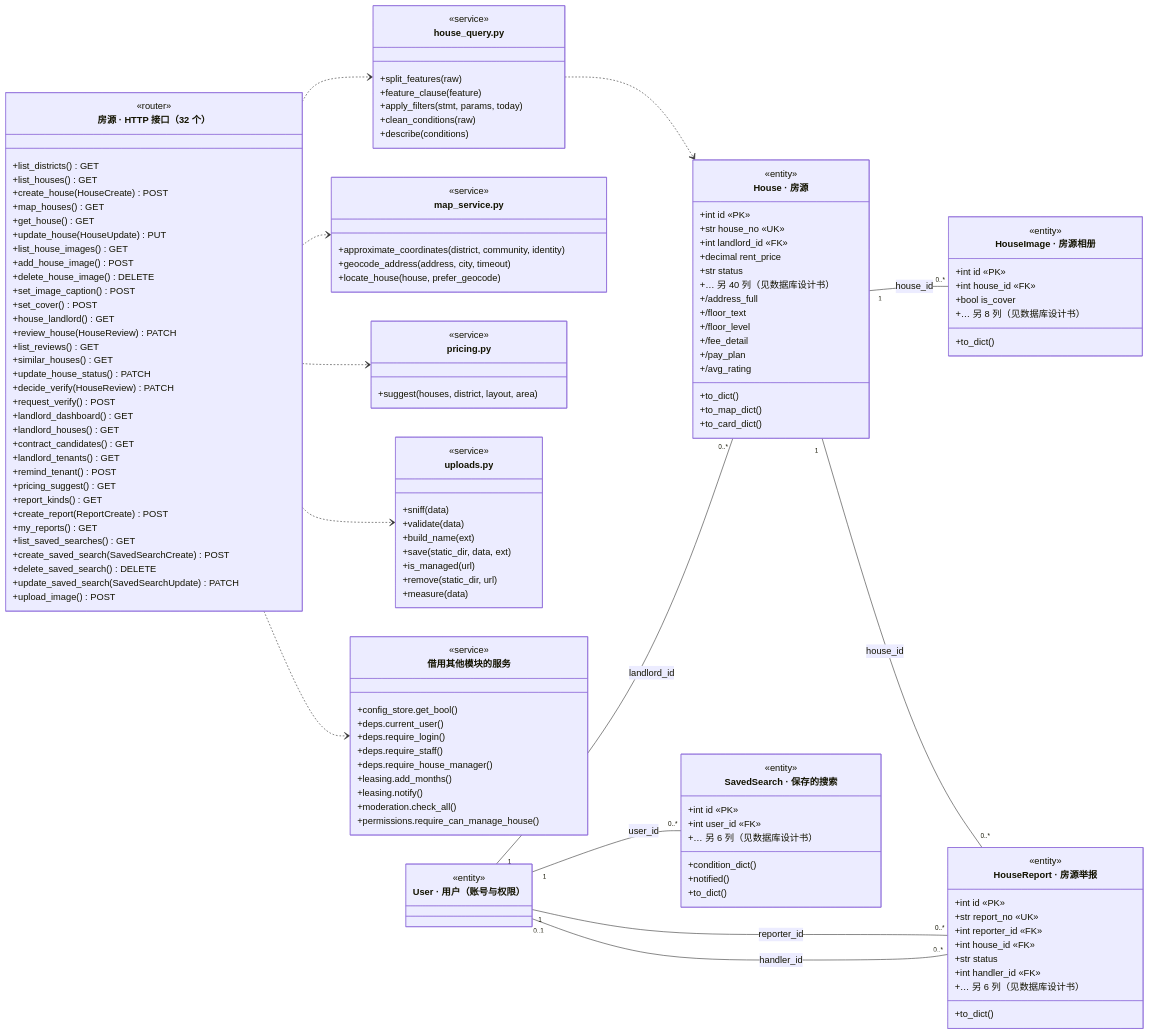
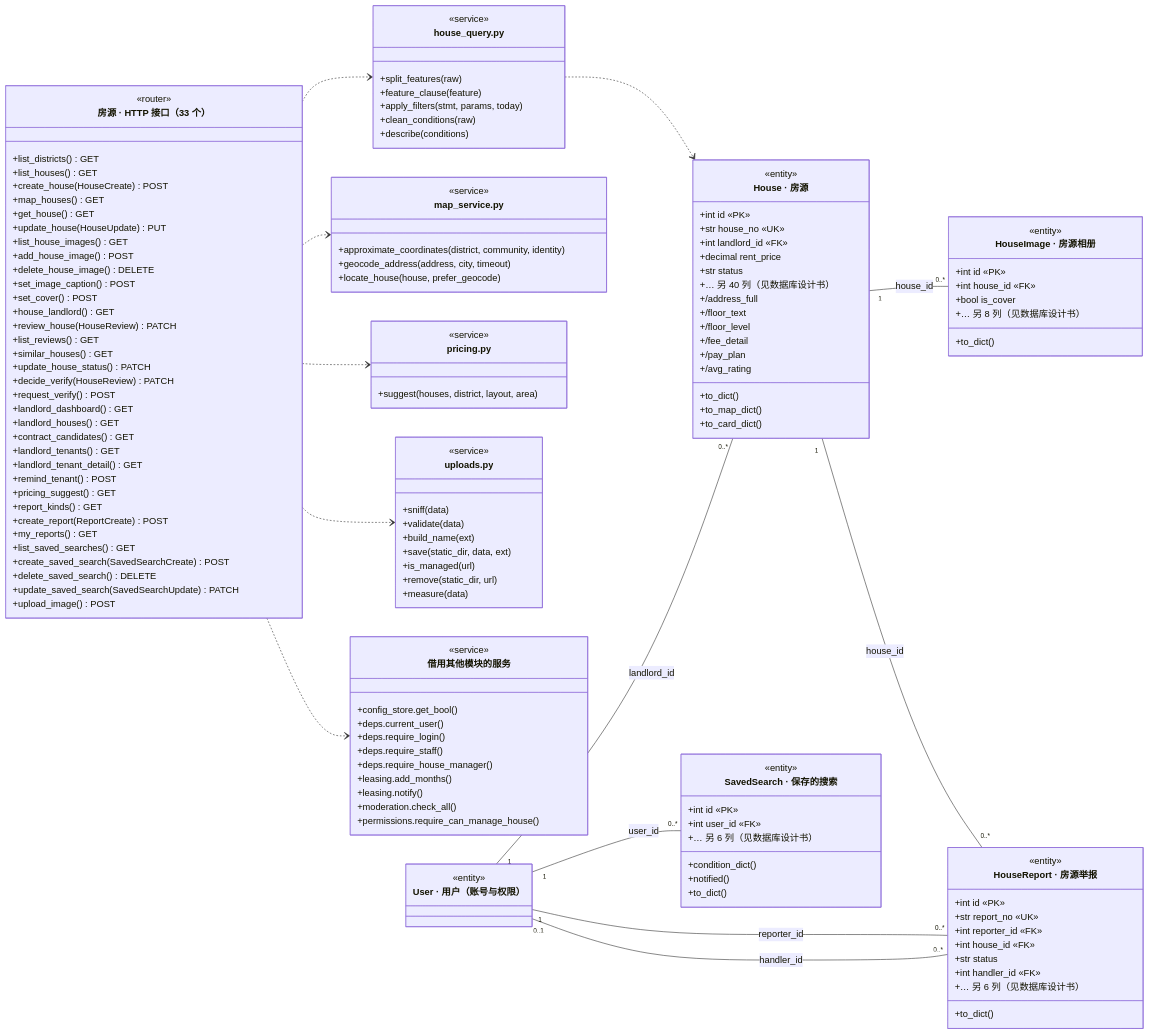
The diagram in docs/图/class_house.mmd (A107586/ai-house-rental), drawn with Mermaid before and after one commit. The commit also changed 18 other files, not shown here.

```diff
--- a/docs/图/class_house.mmd
+++ b/docs/图/class_house.mmd
@@ -1,137 +1,138 @@
 classDiagram
     direction LR
-    class Api["房源 · HTTP 接口（32 个）"] {
+    class Api["房源 · HTTP 接口（33 个）"] {
         <<router>>
         +list_districts() GET
         +list_houses() GET
         +create_house(HouseCreate) POST
         +map_houses() GET
         +get_house() GET
         +update_house(HouseUpdate) PUT
         +list_house_images() GET
         +add_house_image() POST
         +delete_house_image() DELETE
         +set_image_caption() POST
         +set_cover() POST
         +house_landlord() GET
         +review_house(HouseReview) PATCH
         +list_reviews() GET
         +similar_houses() GET
         +update_house_status() PATCH
         +decide_verify(HouseReview) PATCH
         +request_verify() POST
         +landlord_dashboard() GET
         +landlord_houses() GET
         +contract_candidates() GET
         +landlord_tenants() GET
+        +landlord_tenant_detail() GET
         +remind_tenant() POST
         +pricing_suggest() GET
         +report_kinds() GET
         +create_report(ReportCreate) POST
         +my_reports() GET
         +list_saved_searches() GET
         +create_saved_search(SavedSearchCreate) POST
         +delete_saved_search() DELETE
         +update_saved_search(SavedSearchUpdate) PATCH
         +upload_image() POST
     }
     class m_house_query["house_query.py"] {
         <<service>>
         +split_features(raw)
         +feature_clause(feature)
         +apply_filters(stmt, params, today)
         +clean_conditions(raw)
         +describe(conditions)
     }
     Api ..> m_house_query
     class m_map_service["map_service.py"] {
         <<service>>
         +approximate_coordinates(district, community, identity)
         +geocode_address(address, city, timeout)
         +locate_house(house, prefer_geocode)
     }
     Api ..> m_map_service
     class m_pricing["pricing.py"] {
         <<service>>
         +suggest(houses, district, layout, area)
     }
     Api ..> m_pricing
     class m_uploads["uploads.py"] {
         <<service>>
         +sniff(data)
         +validate(data)
         +build_name(ext)
         +save(static_dir, data, ext)
         +is_managed(url)
         +remove(static_dir, url)
         +measure(data)
     }
     Api ..> m_uploads
     class m_shared["借用其他模块的服务"] {
         <<service>>
         +config_store.get_bool()
         +deps.current_user()
         +deps.require_login()
         +deps.require_staff()
         +deps.require_house_manager()
         +leasing.add_months()
         +leasing.notify()
         +moderation.check_all()
         +permissions.require_can_manage_house()
     }
     Api ..> m_shared
     class House["House · 房源"] {
         <<entity>>
         +int id «PK»
         +str house_no «UK»
         +int landlord_id «FK»
         +decimal rent_price
         +str status
         +… 另 40 列（见数据库设计书）
         +to_dict()
         +to_map_dict()
         +to_card_dict()
         +/address_full
         +/floor_text
         +/floor_level
         +/fee_detail
         +/pay_plan
         +/avg_rating
     }
     class HouseImage["HouseImage · 房源相册"] {
         <<entity>>
         +int id «PK»
         +int house_id «FK»
         +bool is_cover
         +… 另 8 列（见数据库设计书）
         +to_dict()
     }
     class SavedSearch["SavedSearch · 保存的搜索"] {
         <<entity>>
         +int id «PK»
         +int user_id «FK»
         +… 另 6 列（见数据库设计书）
         +condition_dict()
         +notified()
         +to_dict()
     }
     class HouseReport["HouseReport · 房源举报"] {
         <<entity>>
         +int id «PK»
         +str report_no «UK»
         +int reporter_id «FK»
         +int house_id «FK»
         +str status
         +int handler_id «FK»
         +… 另 6 列（见数据库设计书）
         +to_dict()
     }
     class User["User · 用户（账号与权限）"]
     <<entity>> User
     User "1" -- "0..*" House : landlord_id
     House "1" -- "0..*" HouseImage : house_id
     User "1" -- "0..*" SavedSearch : user_id
     User "1" -- "0..*" HouseReport : reporter_id
     House "1" -- "0..*" HouseReport : house_id
     User "0..1" -- "0..*" HouseReport : handler_id
     m_house_query ..> House
```
